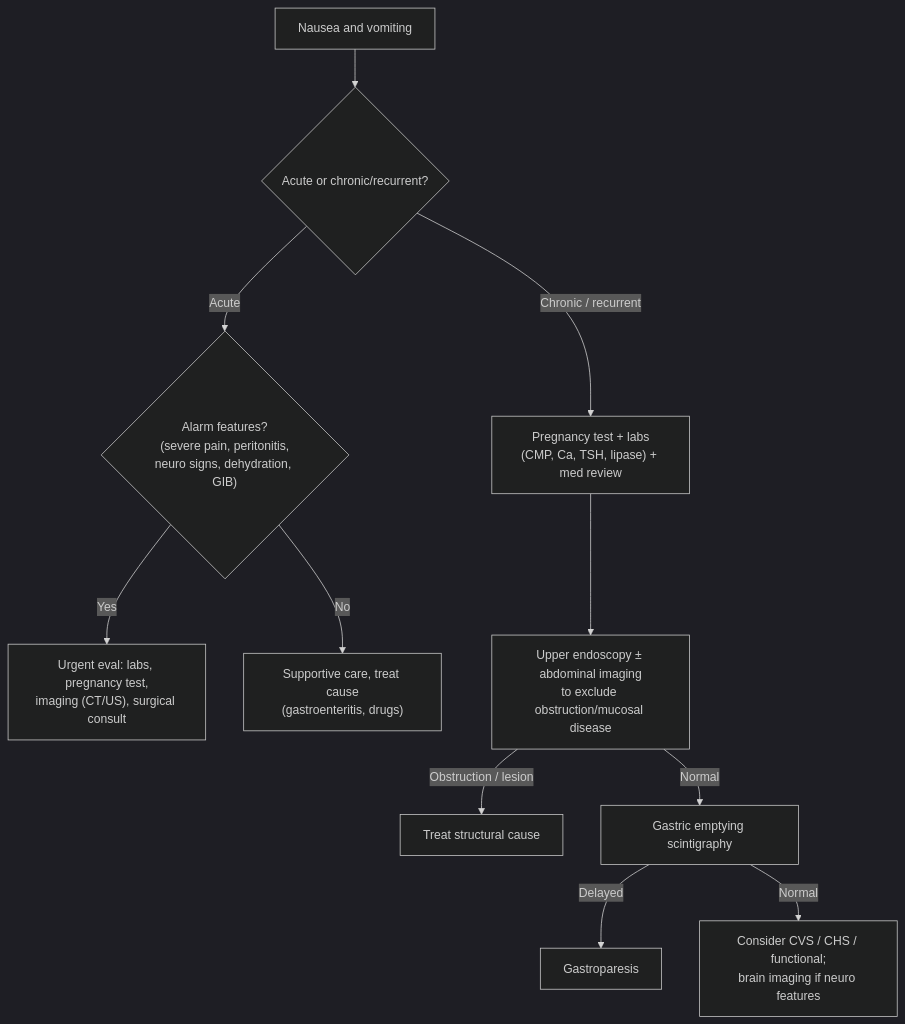
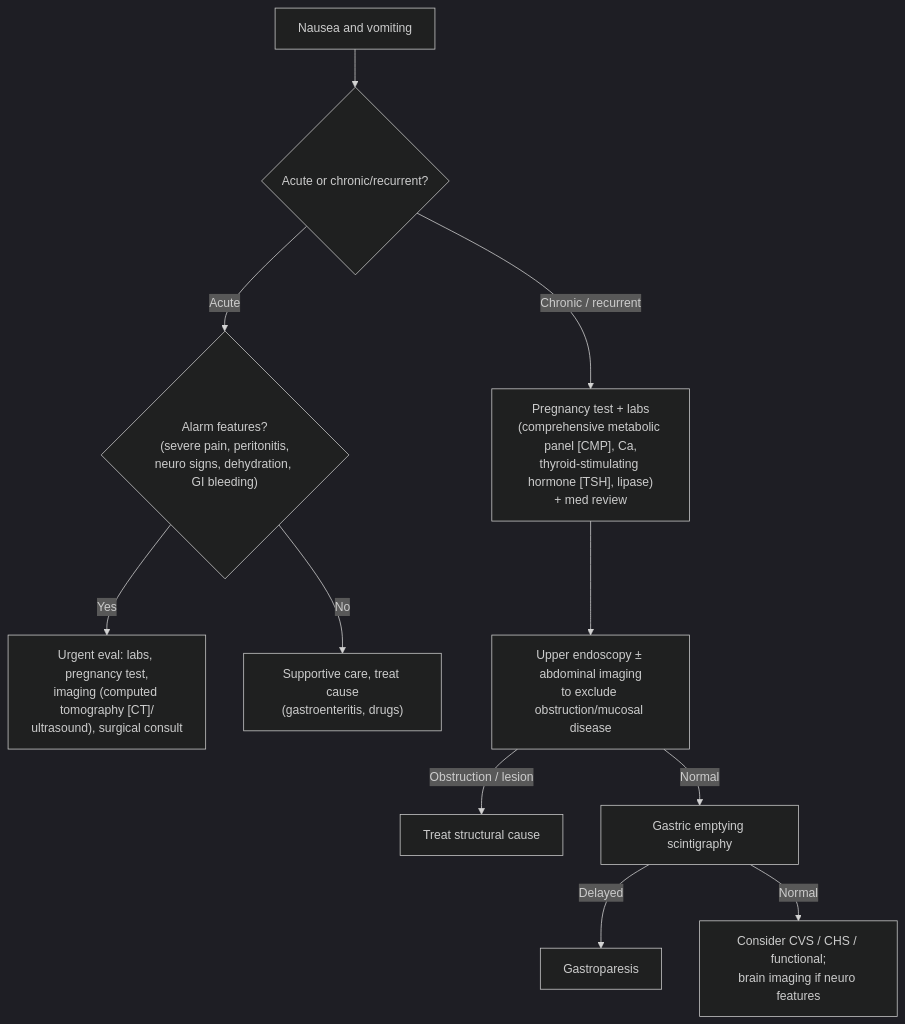
Before and after one commit to KHNickLeMD/KHNL-GI-Wiki: the diagram in KHNL-GI-Wiki/wiki/2-diagnostic-schemas/nausea-and-vomiting.md, drawn with Mermaid (dark theme). The commit also changed other lines of this file and 620 other files, not shown here.

````diff
--- a/KHNL-GI-Wiki/wiki/2-diagnostic-schemas/nausea-and-vomiting.md
+++ b/KHNL-GI-Wiki/wiki/2-diagnostic-schemas/nausea-and-vomiting.md
@@ -55,13 +55,13 @@
 ```mermaid
 flowchart TD
     A["Nausea and vomiting"] --> B{"Acute or chronic/recurrent?"}
-    B -->|Acute| C{"Alarm features?<br/>(severe pain, peritonitis,<br/>neuro signs, dehydration, GIB)"}
-    C -->|Yes| D["Urgent eval: labs, pregnancy test,<br/>imaging (CT/US), surgical consult"]
+    B -->|Acute| C{"Alarm features?<br/>(severe pain, peritonitis,<br/>neuro signs, dehydration, GI bleeding)"}
+    C -->|Yes| D["Urgent eval: labs, pregnancy test,<br/>imaging (computed tomography [CT]/<br/>ultrasound), surgical consult"]
     C -->|No| E["Supportive care, treat cause<br/>(gastroenteritis, drugs)"]
-    B -->|"Chronic / recurrent"| F["Pregnancy test + labs<br/>(CMP, Ca, TSH, lipase) + med review"]
+    B -->|"Chronic / recurrent"| F["Pregnancy test + labs<br/>(comprehensive metabolic panel [CMP], Ca,<br/>thyroid-stimulating hormone [TSH], lipase)<br/>+ med review"]
     F --> G["Upper endoscopy ± abdominal imaging<br/>to exclude obstruction/mucosal disease"]
     G -->|"Obstruction / lesion"| H["Treat structural cause"]
     G -->|"Normal"| I["Gastric emptying scintigraphy"]
     I -->|Delayed| J["Gastroparesis"]
     I -->|Normal| K["Consider CVS / CHS / functional;<br/>brain imaging if neuro features"]
 ```
````
